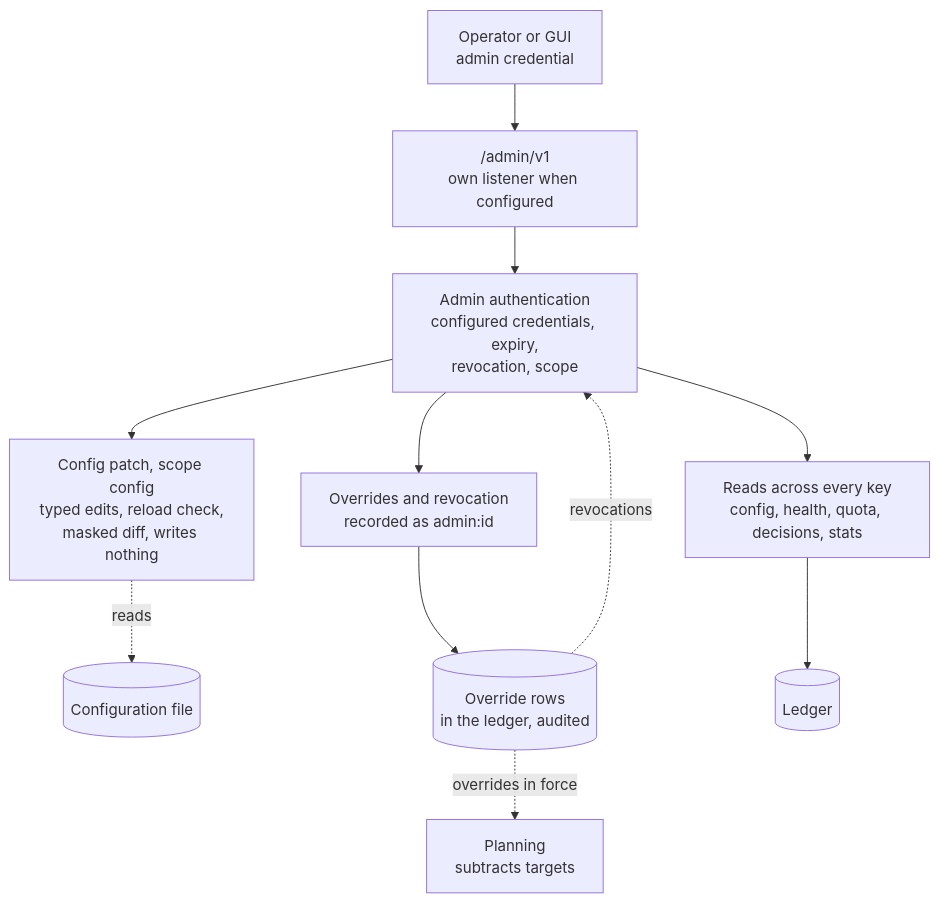
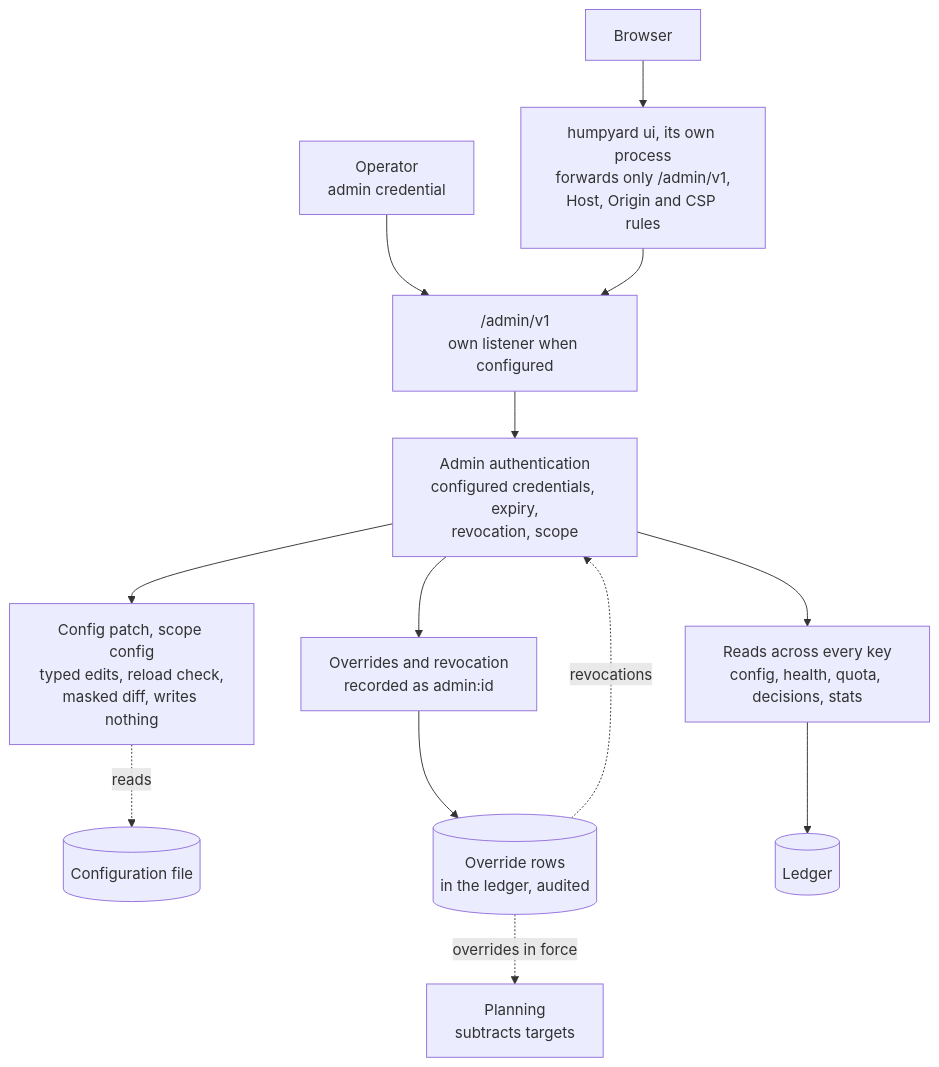
One commit to gschaetz/humpyard changed the third of 4 diagrams in docs/architecture.md. Above: the diagram before and after it, drawn with Mermaid. The commit also changed other lines of this file and 17 other files, not shown here.

First line of the commit message:
docs(ui): document the admin GUI and archive add-admin-gui-delivery (4.1 to 4.4) (#269)

````diff
--- a/docs/architecture.md
+++ b/docs/architecture.md
@@ -133,13 +135,15 @@
 ```mermaid
 flowchart TD
-    OP[Operator or GUI<br/>admin credential] --> ADM["/admin/v1<br/>own listener when configured"]
+    OP[Operator<br/>admin credential] --> ADM["/admin/v1<br/>own listener when configured"]
+    BR[Browser] --> UIP["humpyard ui, its own process<br/>forwards only /admin/v1,<br/>Host, Origin and CSP rules"]
+    UIP --> ADM
     ADM --> AUTHN[Admin authentication<br/>configured credentials, expiry,<br/>revocation, scope]
     AUTHN --> READ[Reads across every key<br/>config, health, quota, decisions, stats]
     AUTHN --> OVR[Overrides and revocation<br/>recorded as admin:id]
     AUTHN --> PAT[Config patch, scope config<br/>typed edits, reload check,<br/>masked diff, writes nothing]
     PAT -. reads .-> FILE[(Configuration file)]
     OVR --> STORE[(Override rows<br/>in the ledger, audited)]
     STORE -. overrides in force .-> PLAN[Planning<br/>subtracts targets]
     STORE -. revocations .-> AUTHN
     READ --> LED[(Ledger)]
 ```
````
